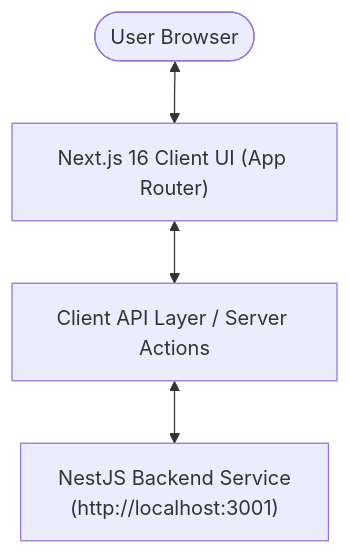
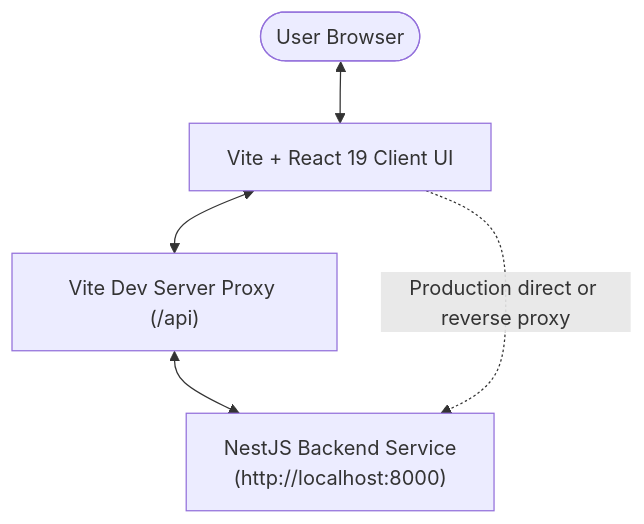
Before and after one commit to QuangManhAI/frontend_rag: the diagram in README.md, drawn with Mermaid. The commit also changed other lines of this file and 20 other files, not shown here.

First line of the commit message:
feat(vite): migrate frontend from Next.js to Vite 6 and React 19

````diff
--- a/README.md
+++ b/README.md
@@ -23,6 +24,7 @@
 ```mermaid
 flowchart TD
-    User([User Browser]) <--> NextUI["Next.js 16 Client UI (App Router)"]
-    NextUI <--> APIRoute["Client API Layer / Server Actions"]
-    APIRoute <--> BackendAPI["NestJS Backend Service\n(http://localhost:3001)"]
+    User([User Browser]) <--> ViteUI["Vite + React 19 Client UI"]
+    ViteUI <--> DevProxy["Vite Dev Server Proxy (/api)"]
+    DevProxy <--> BackendAPI["NestJS Backend Service\n(http://localhost:8000)"]
+    ViteUI -.->|Production direct or reverse proxy| BackendAPI
 ```
````
